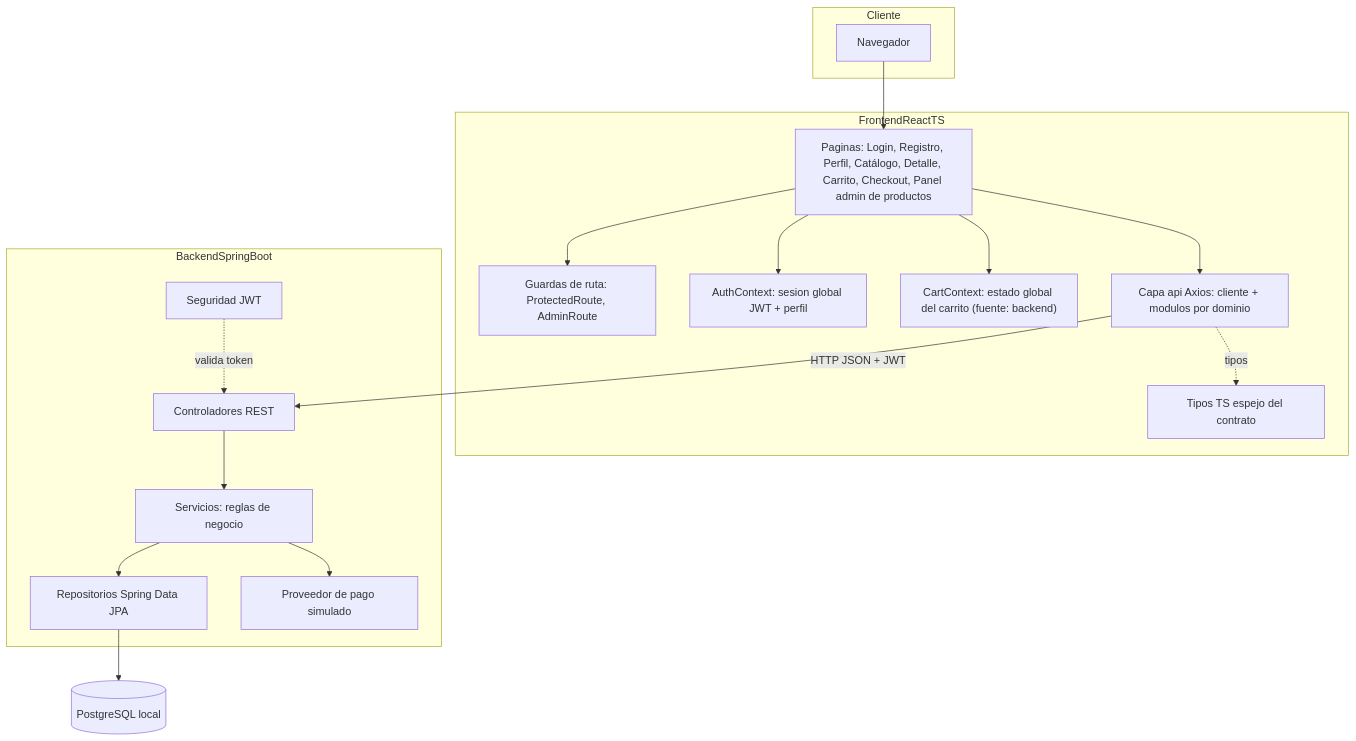
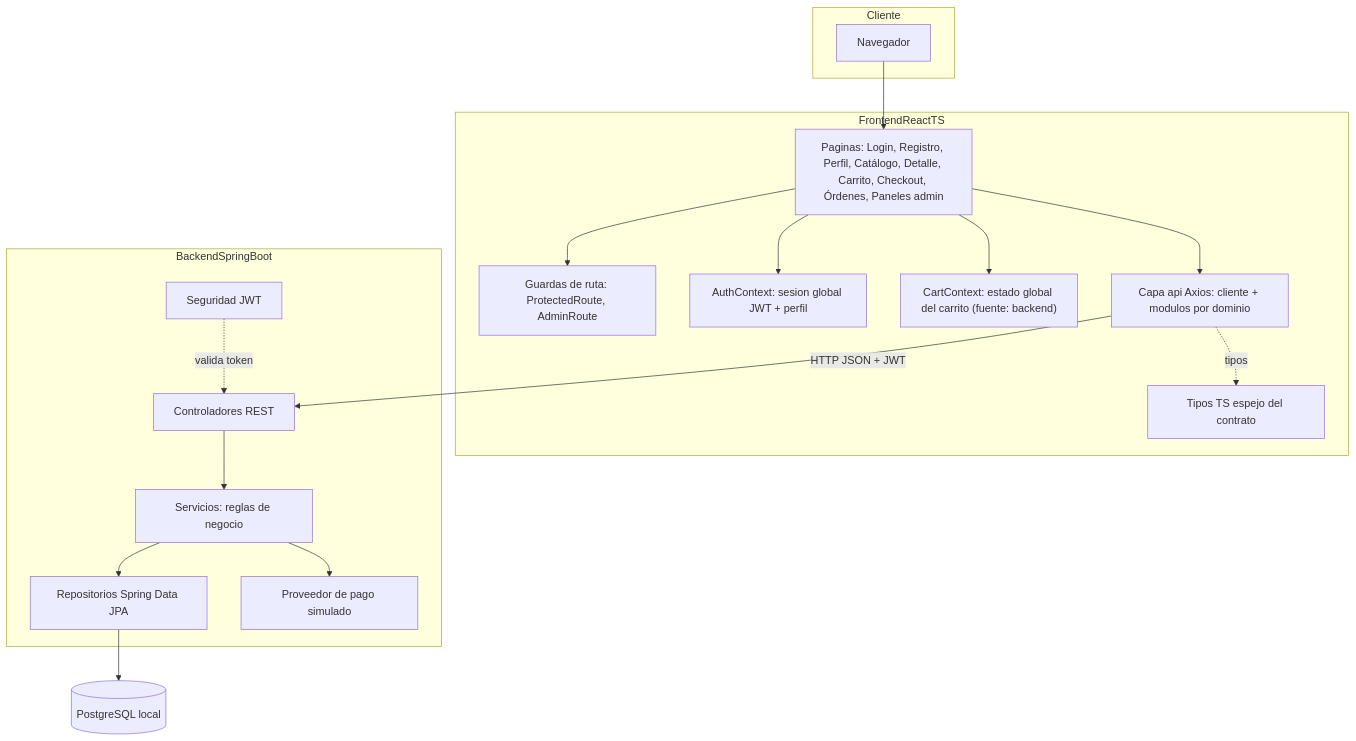
Before and after one commit to ShryhakAkizuki/Arquitectura_E-commerce_Ingesoft-II: the first of 3 diagrams in docs/arquitectura.md, drawn with Mermaid. The commit also changed other lines of this file and 10 other files, not shown here.

Commit message:
Frontend: órdenes del usuario (listado y detalle) y panel admin de órdenes con máquina de estados, y documentación

````diff
--- a/docs/arquitectura.md
+++ b/docs/arquitectura.md
@@ -31,38 +31,38 @@
 ```mermaid
 flowchart TB
     subgraph Cliente
         B[Navegador]
     end
 
     subgraph FrontendReactTS
-        P["Paginas: Login, Registro, Perfil, Catálogo, Detalle, Carrito, Checkout, Panel admin de productos"]
+        P["Paginas: Login, Registro, Perfil, Catálogo, Detalle, Carrito, Checkout, Órdenes, Paneles admin"]
         G["Guardas de ruta: ProtectedRoute, AdminRoute"]
         C["AuthContext: sesion global JWT + perfil"]
         K["CartContext: estado global del carrito (fuente: backend)"]
         A["Capa api Axios: cliente + modulos por dominio"]
         T["Tipos TS espejo del contrato"]
     end
 
     subgraph BackendSpringBoot
         CTRL[Controladores REST]
         SVC[Servicios: reglas de negocio]
         REPO[Repositorios Spring Data JPA]
         SEC[Seguridad JWT]
         PAY[Proveedor de pago simulado]
     end
 
     DB[(PostgreSQL local)]
 
     B --> P
     P --> G
     P --> C
     P --> K
     P --> A
     A -. tipos .-> T
     A -- HTTP JSON + JWT --> CTRL
     CTRL --> SVC
     SVC --> REPO
     SVC --> PAY
     SEC -. valida token .-> CTRL
     REPO --> DB
 ```
````
